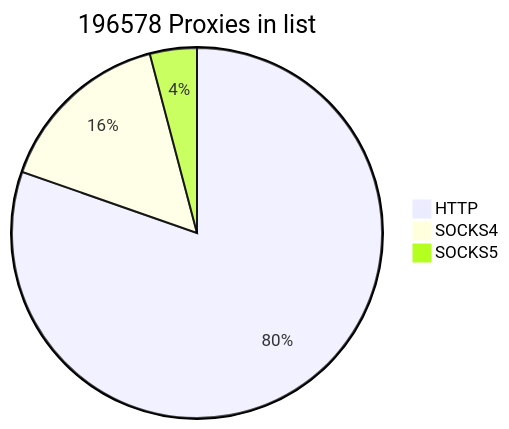
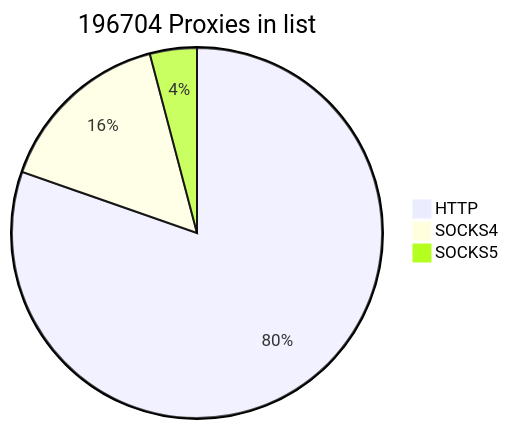
Before and after one commit to cutipu/proxylist: the first of 2 diagrams in README.md, drawn with Mermaid. The commit also changed other lines of this file, not shown here.

````diff
--- a/README.md
+++ b/README.md
@@ -2,7 +2,7 @@
 ```mermaid
-pie title 196578 Proxies in list
-    "HTTP" : 157957
-    "SOCKS4" : 30555
-    "SOCKS5" : 8066
+pie title 196704 Proxies in list
+    "HTTP" : 158047
+    "SOCKS4" : 30589
+    "SOCKS5" : 8068
             
 ```
````
